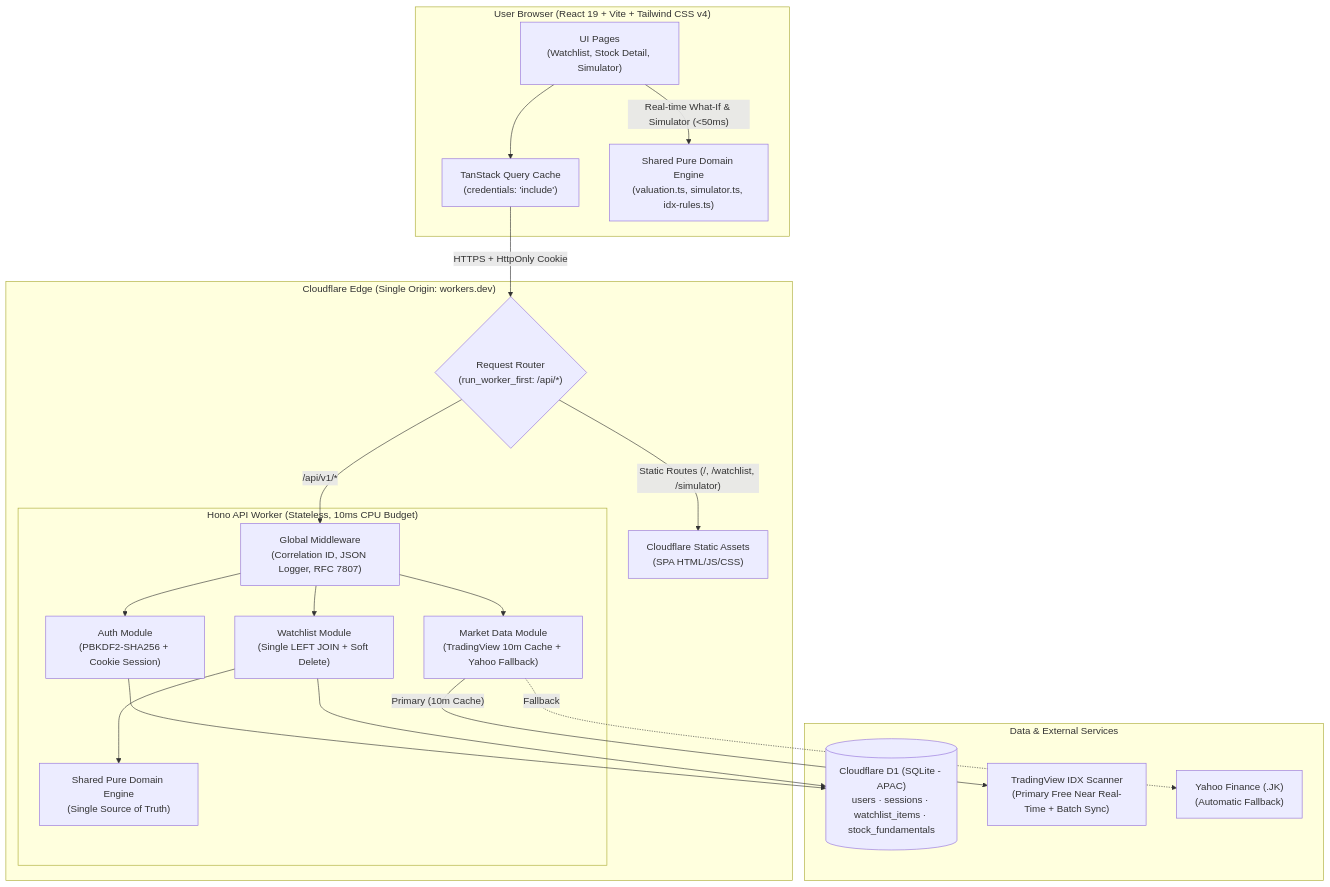
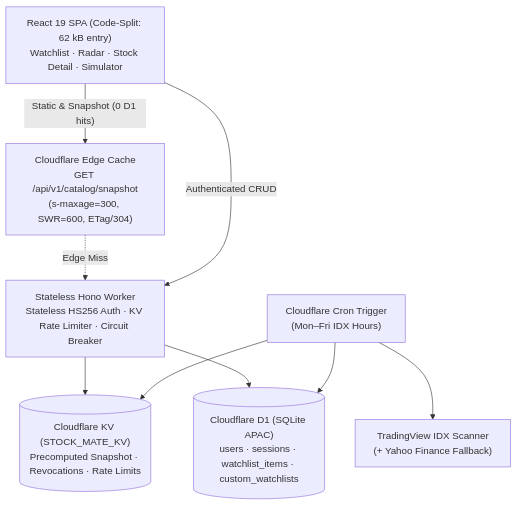
Before and after one commit to charlybutar21/stock-mate-v2: the diagram in README.md, drawn with Mermaid. The commit also changed other lines of this file and 61 other files, not shown here.

Commit message:
feat: harden security, 100k edge scaling (KV+Cron), beginner IDX UX & CI gates

````diff
--- a/README.md
+++ b/README.md
@@ -59,42 +38,19 @@
 ```mermaid
 flowchart TB
-    subgraph Client["User Browser (React 19 + Vite + Tailwind CSS v4)"]
-        UI["UI Pages<br/>(Watchlist, Stock Detail, Simulator)"]
-        TQ["TanStack Query Cache<br/>(credentials: 'include')"]
-        SharedClient["Shared Pure Domain Engine<br/>(valuation.ts, simulator.ts, idx-rules.ts)"]
-        UI --> TQ
-        UI -->|"Real-time What-If & Simulator (<50ms)"| SharedClient
-    end
+    Client["React 19 SPA (Code-Split: 62 kB entry)<br/>Watchlist · Radar · Stock Detail · Simulator"]
+    EdgeCache["Cloudflare Edge Cache<br/>GET /api/v1/catalog/snapshot<br/>(s-maxage=300, SWR=600, ETag/304)"]
+    Worker["Stateless Hono Worker<br/>Stateless HS256 Auth · KV Rate Limiter · Circuit Breaker"]
+    Cron["Cloudflare Cron Trigger<br/>(Mon–Fri IDX Hours)"]
+    KV[("Cloudflare KV (STOCK_MATE_KV)<br/>Precomputed Snapshot · Revocations · Rate Limits")]
+    D1[("Cloudflare D1 (SQLite APAC)<br/>users · sessions · watchlist_items · custom_watchlists")]
+    Upstream["TradingView IDX Scanner<br/>(+ Yahoo Finance Fallback)"]
 
-    subgraph Edge["Cloudflare Edge (Single Origin: workers.dev)"]
-        Router{"Request Router<br/>(run_worker_first: /api/*)"}
-        Assets["Cloudflare Static Assets<br/>(SPA HTML/JS/CSS)"]
-
-        subgraph Worker["Hono API Worker (Stateless, 10ms CPU Budget)"]
-            MW["Global Middleware<br/>(Correlation ID, JSON Logger, RFC 7807)"]
-            AuthMod["Auth Module<br/>(PBKDF2-SHA256 + Cookie Session)"]
-            WatchMod["Watchlist Module<br/>(Single LEFT JOIN + Soft Delete)"]
-            MarketMod["Market Data Module<br/>(TradingView 10m Cache + Yahoo Fallback)"]
-            SharedServer["Shared Pure Domain Engine<br/>(Single Source of Truth)"]
-
-            MW --> AuthMod
-            MW --> WatchMod
-            MW --> MarketMod
-            WatchMod --> SharedServer
-        end
-    end
-
-    subgraph Data["Data & External Services"]
-        D1[("Cloudflare D1 (SQLite - APAC)<br/>users · sessions · watchlist_items · stock_fundamentals")]
-        TV["TradingView IDX Scanner<br/>(Primary Free Near Real-Time + Batch Sync)"]
-        Yahoo["Yahoo Finance (.JK)<br/>(Automatic Fallback)"]
-    end
-
-    TQ -->|"HTTPS + HttpOnly Cookie"| Router
-    Router -->|"Static Routes (/, /watchlist, /simulator)"| Assets
-    Router -->|"/api/v1/*"| MW
-    AuthMod --> D1
-    WatchMod --> D1
-    MarketMod -->|"Primary (10m Cache)"| TV
-    MarketMod -.->|"Fallback"| Yahoo
+    Client -->|"Static & Snapshot (0 D1 hits)"| EdgeCache
+    EdgeCache -.->|"Edge Miss"| Worker
+    Client -->|"Authenticated CRUD"| Worker
+    Worker --> KV
+    Worker --> D1
+    Cron --> Upstream
+    Cron --> D1
+    Cron --> KV
 ```
````
